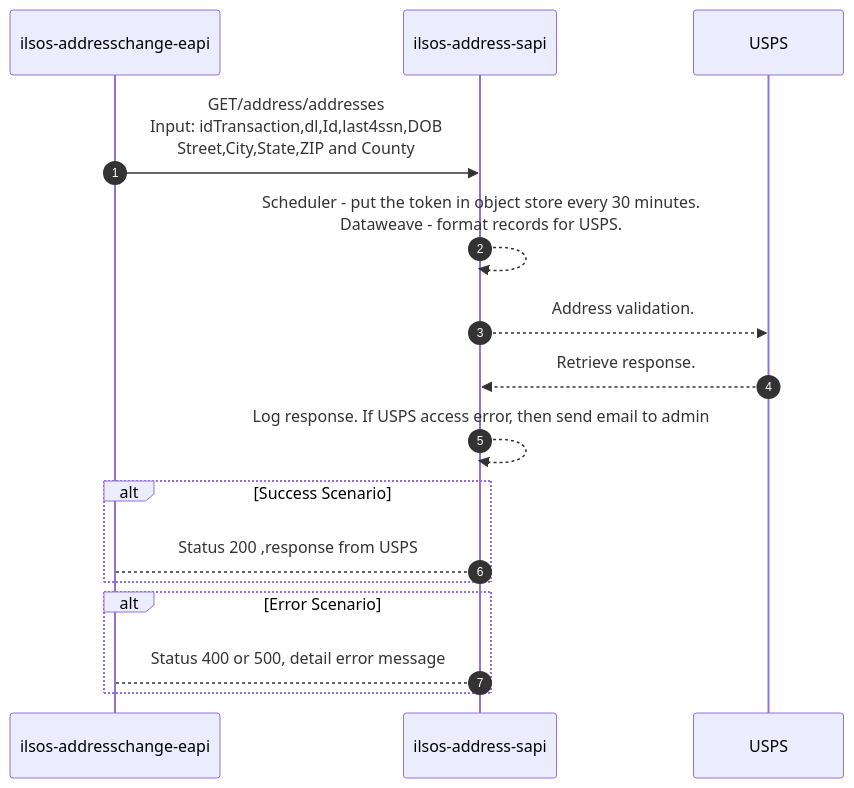
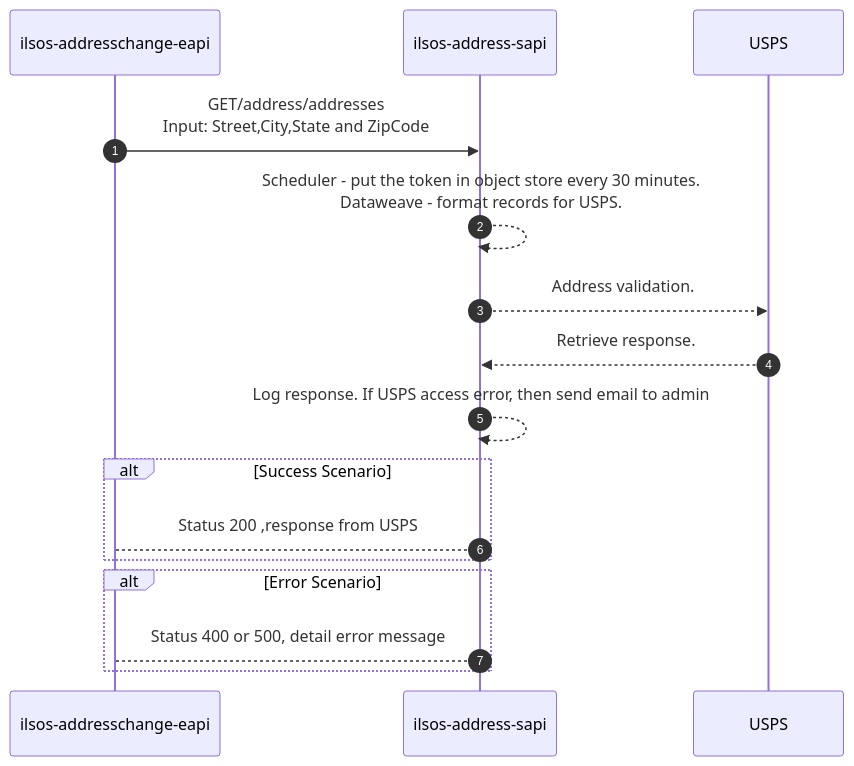
One commit to acme-devs/ilsos-address-sapi changed the diagram in README.md. Above: the diagram before and after it, drawn with Mermaid.

````diff
--- a/README.md
+++ b/README.md
@@ -27,22 +27,19 @@
 ```mermaid
-
 sequenceDiagram
     autonumber
     participant eapi as ilsos-addresschange-eapi
     participant api as ilsos-address-sapi
     participant usps as USPS
 
-    eapi->>api:GET/address/addresses <br>Input: idTransaction,dl,Id,last4ssn,DOB<br>Street,City,State,ZIP and County
+    eapi->>api:GET/address/addresses <br>Input: Street,City,State and ZipCode
     api-->>api:Scheduler - put the token in object store every 30 minutes.<br>Dataweave - format records for USPS.
     api-->>usps:Address validation.
     usps-->>api:Retrieve response.
     api-->>api:Log response. If USPS access error, then send email to admin
     alt Success Scenario 
         api-->eapi: Status 200 ,response from USPS
     end
     alt Error Scenario 
         api-->eapi: Status 400 or 500, detail error message
     end
-  
-
   ```
````
